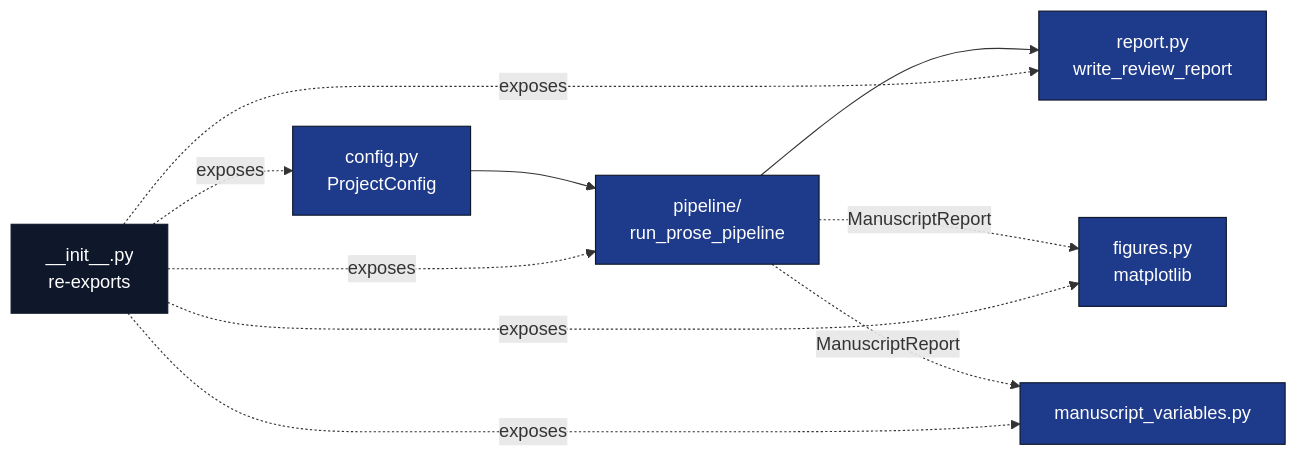
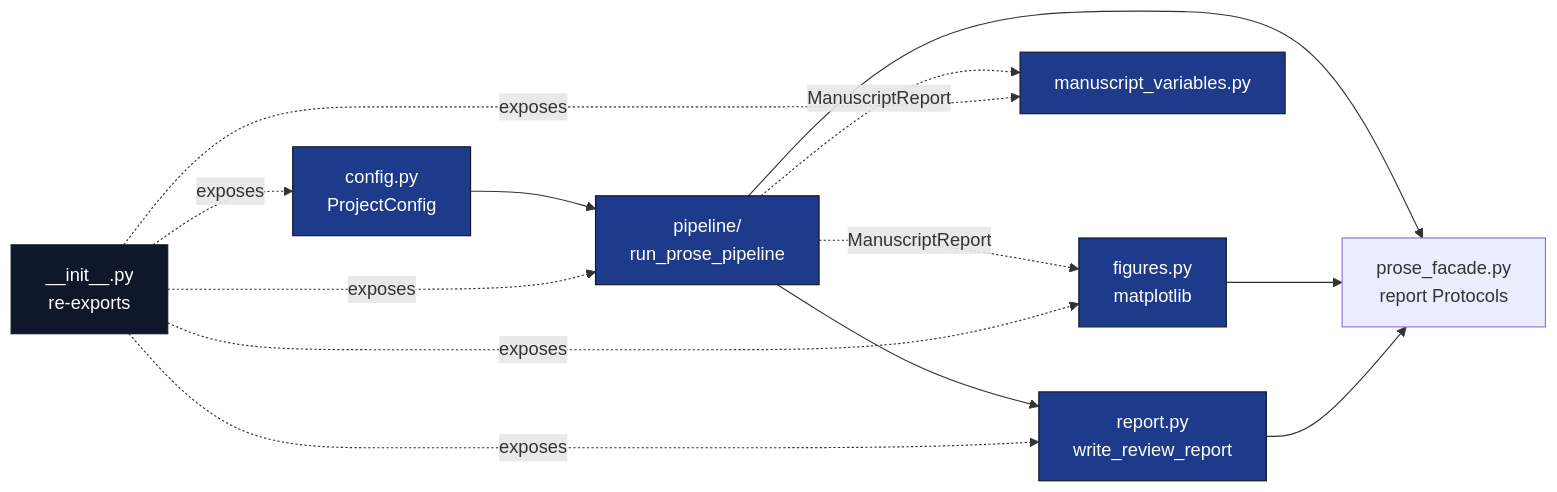
One commit to docxology/template changed the diagram in projects/templates/template_prose_project/src/AGENTS.md. Above: the diagram before and after it, drawn with Mermaid. The commit also changed other lines of this file and 129 other files, not shown here.

````diff
--- a/projects/templates/template_prose_project/src/AGENTS.md
+++ b/projects/templates/template_prose_project/src/AGENTS.md
@@ -25,24 +26,28 @@
 ```mermaid
 flowchart LR
     CFG[config.py<br/>ProjectConfig]
     PIPE[pipeline/<br/>run_prose_pipeline]
     FIG[figures.py<br/>matplotlib]
     MV[manuscript_variables.py]
     REP[report.py<br/>write_review_report]
     INIT[__init__.py<br/>re-exports]
+    PF[prose_facade.py<br/>report Protocols]
 
     CFG --> PIPE
     PIPE --> REP
     PIPE -. ManuscriptReport .-> FIG
     PIPE -. ManuscriptReport .-> MV
+    PIPE --> PF
+    FIG --> PF
+    REP --> PF
     INIT -. exposes .-> CFG
     INIT -. exposes .-> PIPE
     INIT -. exposes .-> FIG
     INIT -. exposes .-> MV
     INIT -. exposes .-> REP
 
     classDef code fill:#1e3a8a,stroke:#0f172a,color:#fff
     classDef pkg fill:#0f172a,stroke:#0f172a,color:#fff
     class CFG,PIPE,FIG,MV,REP code
     class INIT pkg
 ```
````
